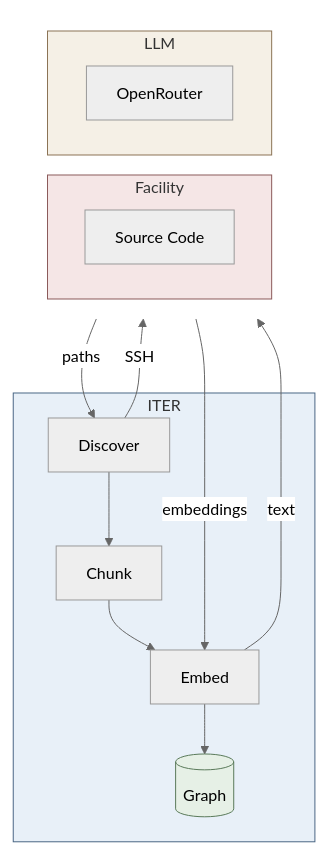
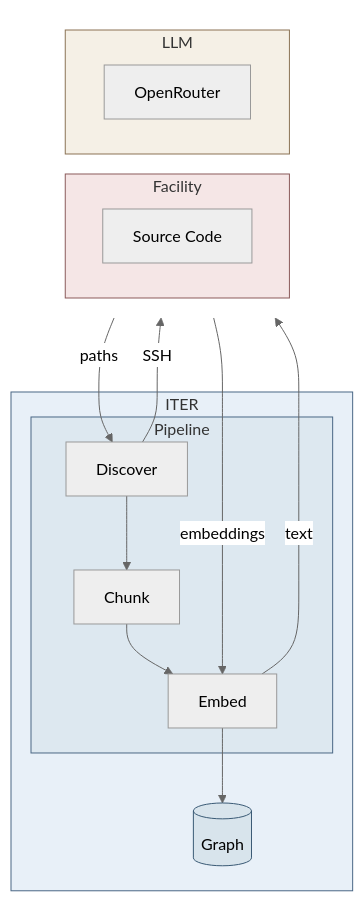
One commit to iterorganization/imas-mcp changed the third of 5 diagrams in docs/architecture/facility-access.md. Above: the diagram before and after it, drawn with Mermaid (neutral theme). The commit also changed other lines of this file, not shown here.

First line of the commit message:
docs: match pipeline diagrams to hero graph style

````diff
--- a/docs/architecture/facility-access.md
+++ b/docs/architecture/facility-access.md
@@ -127,33 +127,36 @@
 ```mermaid
 flowchart TB
     subgraph TOP[" "]
         direction LR
         subgraph FAC["Facility"]
             CODE["Source Code"]
         end
         subgraph LLM["LLM"]
             L["OpenRouter"]
         end
     end
 
     subgraph ITER["ITER"]
-        DISCOVER["Discover"]
-        CHUNK["Chunk"]
-        EMBED["Embed"]
+        subgraph PIPE["Pipeline"]
+            DISCOVER["Discover"]
+            CHUNK["Chunk"]
+            EMBED["Embed"]
+        end
         GRAPH[("Graph")]
     end
 
     CODE -- "paths" --> DISCOVER
     DISCOVER -- "SSH" --> CODE
     DISCOVER --> CHUNK
     CHUNK --> EMBED
     EMBED --> GRAPH
     L -- "embeddings" --> EMBED
     EMBED -- "text" --> L
 
     style TOP fill:none,stroke:none
     style FAC fill:#f5e6e6,stroke:#8b5a5a
     style ITER fill:#e8f0f8,stroke:#4a6785
+    style PIPE fill:#dde8f0,stroke:#4a6785
     style LLM fill:#f5f0e6,stroke:#8b7355
-    style GRAPH fill:#e6f0e6,stroke:#5a7a5a
+    style GRAPH fill:#d8e4ec,stroke:#3a5a75
 ```
````
